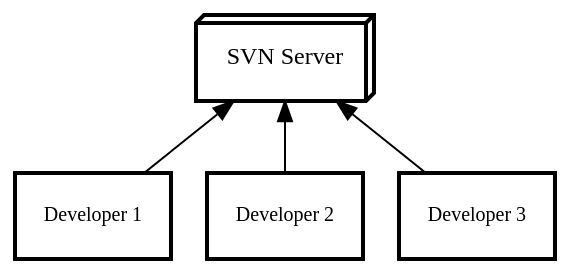
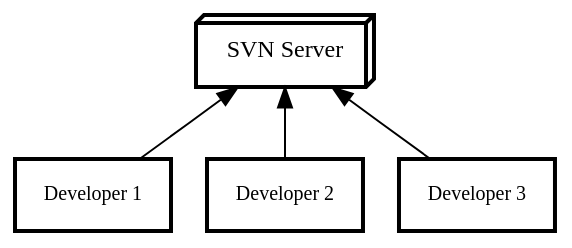
Before and after one commit to Gepardec/git-training: the diagram in slides/intro/src/docs/asciidoc/graphviz/svn-system.dot, drawn with Graphviz. The commit also changed 15 other files, not shown here.

```diff
--- a/slides/intro/src/docs/asciidoc/graphviz/svn-system.dot
+++ b/slides/intro/src/docs/asciidoc/graphviz/svn-system.dot
@@ -1,16 +1,16 @@
 digraph svn_system {
         bgcolor="transparent";
 
-        node[width=0.6,height=0.6, shape=circle,fontsize=12.0,shape="box3d"];
+        node[shape=circle,fontsize=12.0,shape="box3d"];
         "svn"[label="SVN Server",style="bold"];
 
-        node[width=0.6,height=0.6, shape=circle,fontsize=10.0,style="bold",shape="box"];
+        node[shape=circle,fontsize=10.0,style="bold",shape="box"];
         "dev_1"[label="Developer 1"];
         "dev_2"[label="Developer 2"];
         "dev_3"[label="Developer 3"];
 
-        edge[weight=2,arrowhead=open,dir="back"]
+        edge[arrowhead=open,dir="back"]
         "svn" -> "dev_1"
         "svn" -> "dev_2"
         "svn" -> "dev_3"
 }
```
